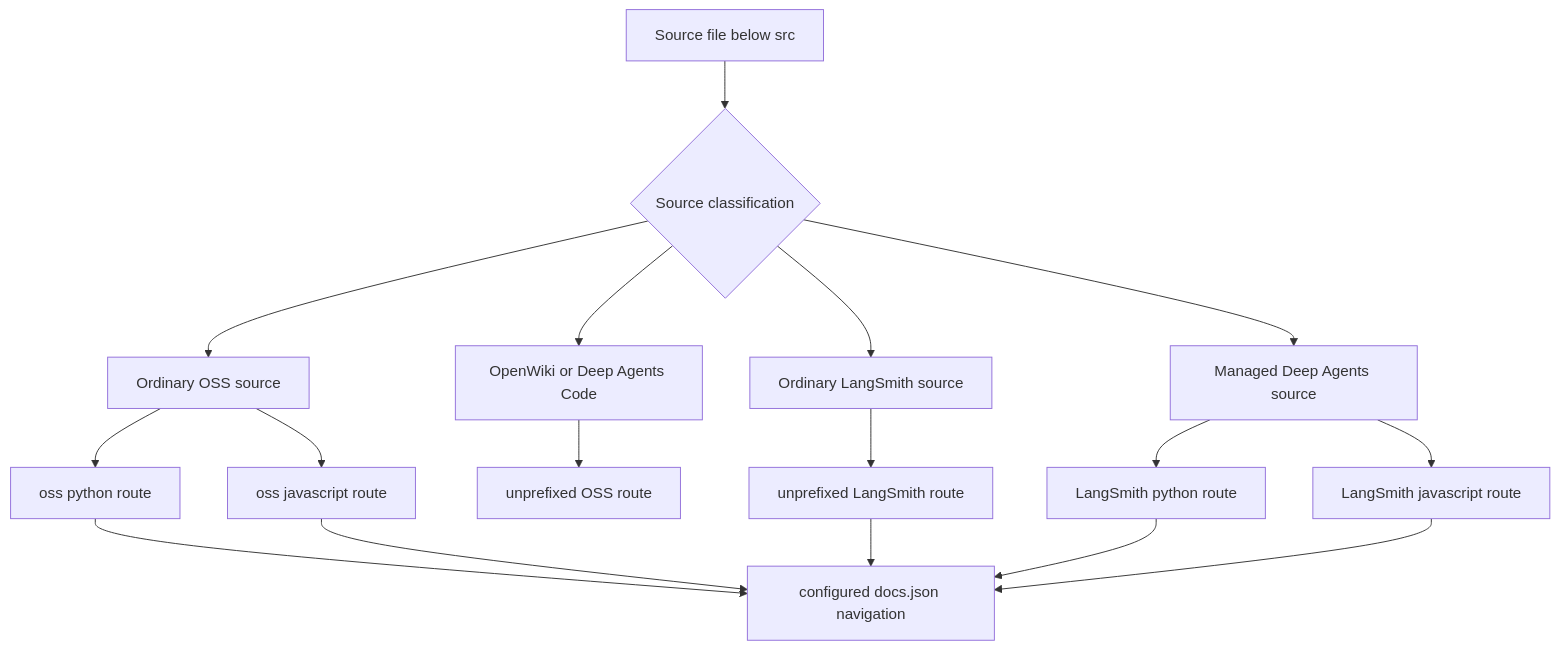
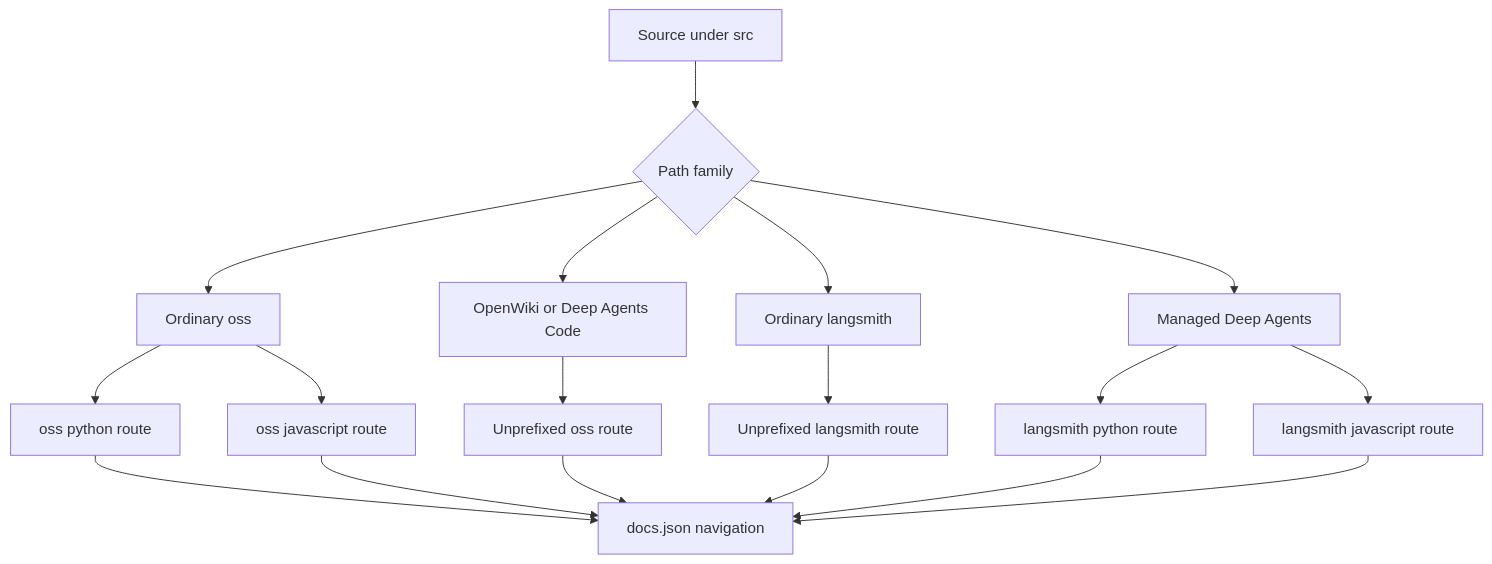
One commit to langchain-ai/docs changed the first of 2 diagrams in openwiki/concepts/versioning.md. Above: the diagram before and after it, drawn with Mermaid. The commit also changed other lines of this file and 32 other files, not shown here.

Commit message:
docs: update OpenWiki

````diff
--- a/openwiki/concepts/versioning.md
+++ b/openwiki/concepts/versioning.md
@@ -65,19 +38,20 @@
 ```mermaid
 flowchart TD
-    Source["Source file below src"] --> Domain{"Source classification"}
-    Domain --> SharedOss["Ordinary OSS source"]
-    SharedOss --> OssPy["oss python route"]
-    SharedOss --> OssJs["oss javascript route"]
-    Domain --> Product["OpenWiki or Deep Agents Code"]
-    Product --> OneOss["unprefixed OSS route"]
-    Domain --> LangSmith["Ordinary LangSmith source"]
-    LangSmith --> OneSmith["unprefixed LangSmith route"]
-    Domain --> Managed["Managed Deep Agents source"]
-    Managed --> ManagedPy["LangSmith python route"]
-    Managed --> ManagedJs["LangSmith javascript route"]
-    OssPy --> Nav["configured docs.json navigation"]
-    OssJs --> Nav
-    OneSmith --> Nav
-    ManagedPy --> Nav
-    ManagedJs --> Nav
+    Source["Source under src"] --> Family{"Path family"}
+    Family --> Oss["Ordinary oss"]
+    Oss --> OssPy["oss python route"]
+    Oss --> OssJs["oss javascript route"]
+    Family --> Product["OpenWiki or Deep Agents Code"]
+    Product --> ProductRoute["Unprefixed oss route"]
+    Family --> Smith["Ordinary langsmith"]
+    Smith --> SmithRoute["Unprefixed langsmith route"]
+    Family --> Managed["Managed Deep Agents"]
+    Managed --> ManagedPy["langsmith python route"]
+    Managed --> ManagedJs["langsmith javascript route"]
+    OssPy --> Config["docs.json navigation"]
+    OssJs --> Config
+    ProductRoute --> Config
+    SmithRoute --> Config
+    ManagedPy --> Config
+    ManagedJs --> Config
 ```
````
